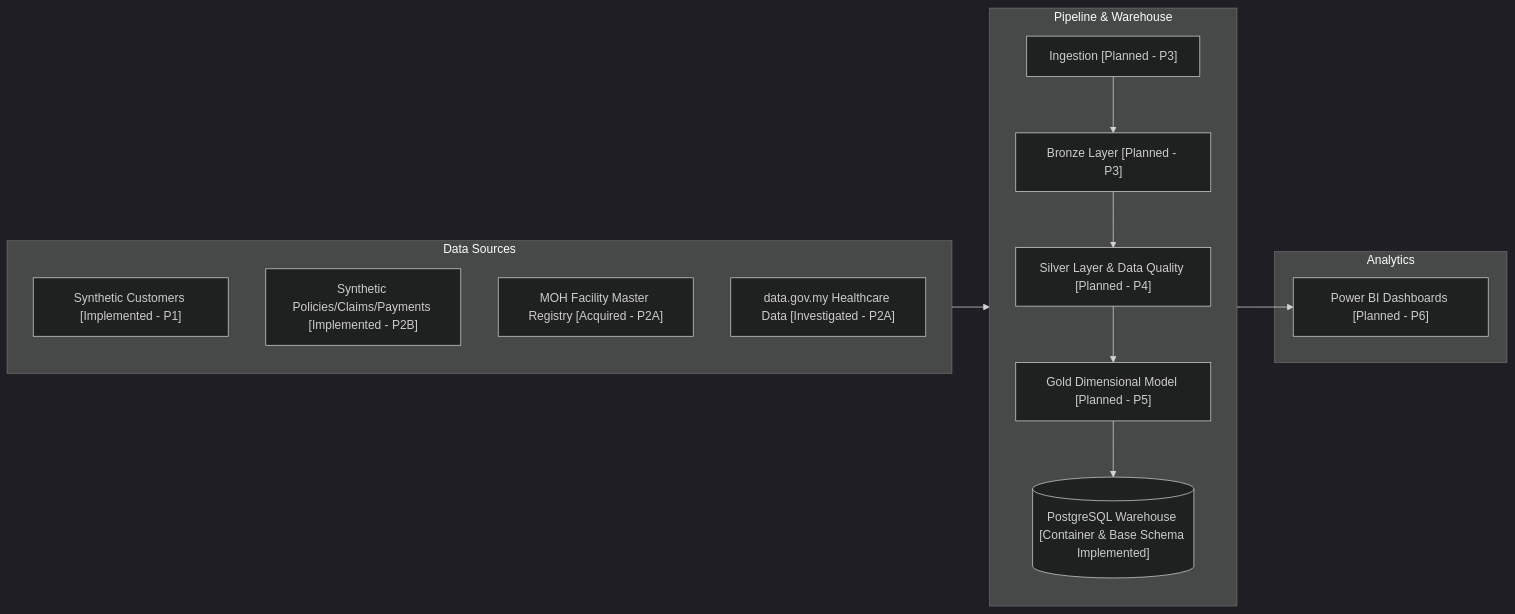
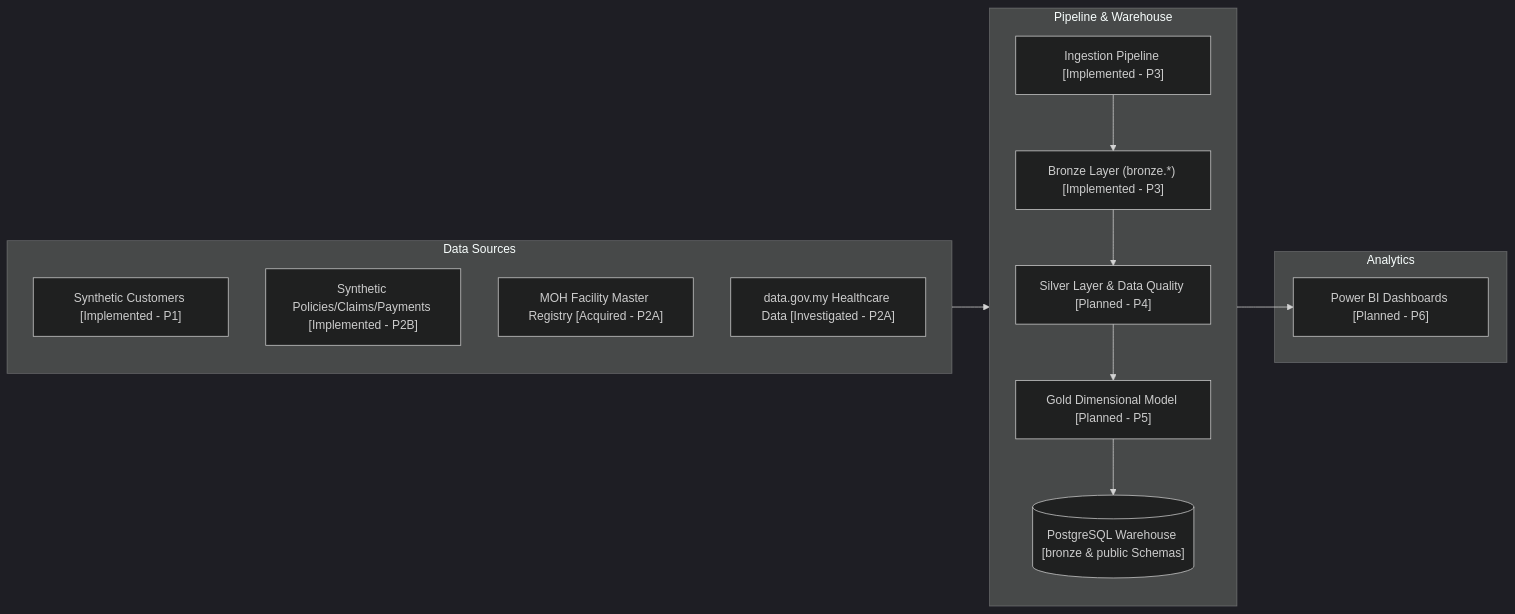
Before and after one commit to danieleiqwan/insureflow-data-platform: the diagram in README.md, drawn with Mermaid (dark theme). The commit also changed other lines of this file and 8 other files, not shown here.

Commit message:
feat(phase-3): implement bronze schema, ingestion pipeline, and audit logging

````diff
--- a/README.md
+++ b/README.md
@@ -12,25 +12,25 @@
 ```mermaid
 flowchart LR
     subgraph S1[Data Sources]
         direction TB
         G1["Synthetic Customers [Implemented - P1]"]
         G2["Synthetic Policies/Claims/Payments [Implemented - P2B]"]
         D1["MOH Facility Master Registry [Acquired - P2A]"]
         D2["data.gov.my Healthcare Data [Investigated - P2A]"]
     end
 
     subgraph S2[Pipeline & Warehouse]
         direction TB
-        ING["Ingestion [Planned - P3]"]
-        BRZ["Bronze Layer [Planned - P3]"]
+        ING["Ingestion Pipeline [Implemented - P3]"]
+        BRZ["Bronze Layer (bronze.*) [Implemented - P3]"]
         SLV["Silver Layer & Data Quality [Planned - P4]"]
         GLD["Gold Dimensional Model [Planned - P5]"]
-        PG[("PostgreSQL Warehouse [Container & Base Schema Implemented]")]
+        PG[("PostgreSQL Warehouse [bronze & public Schemas]")]
     end
 
     subgraph S3[Analytics]
         PBI["Power BI Dashboards [Planned - P6]"]
     end
 
     S1 --> ING --> BRZ --> SLV --> GLD --> PG --> PBI
 ```
````
